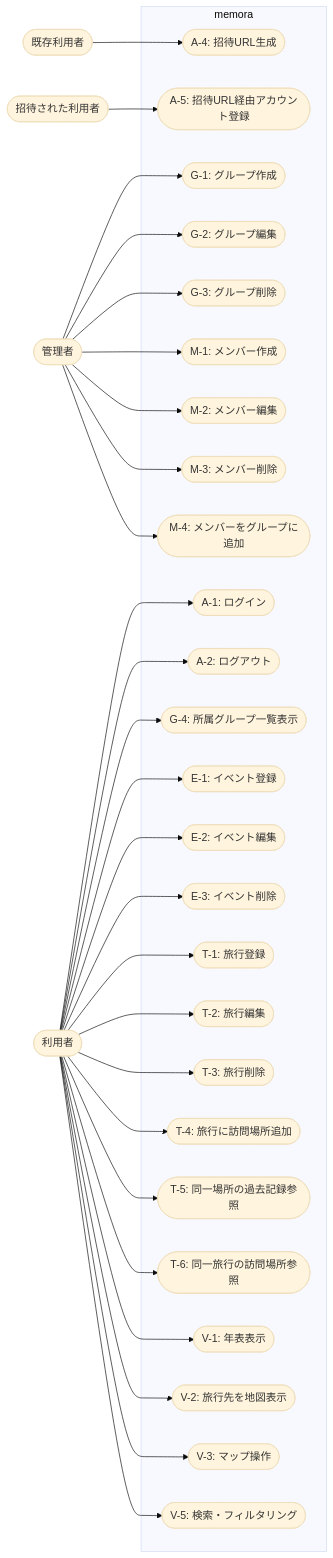
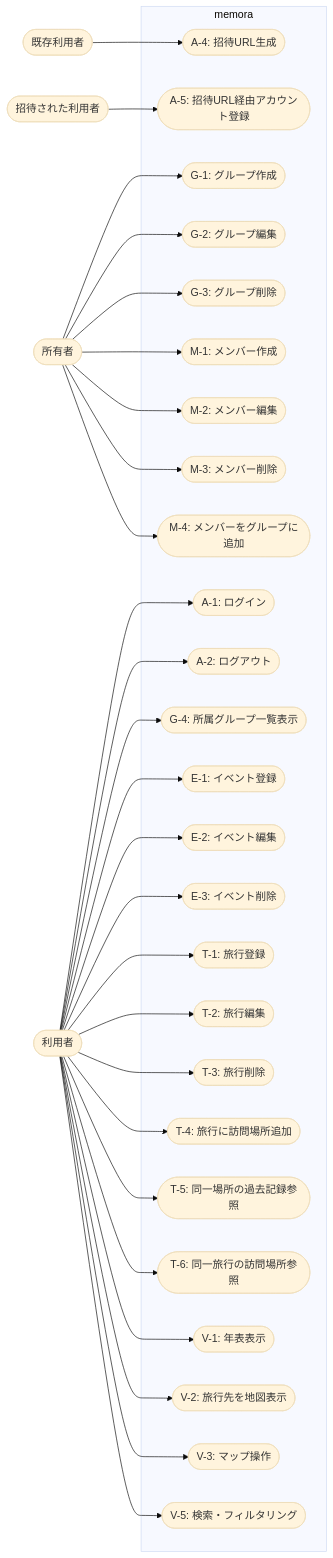
Before and after one commit to taka-016/memora: the diagram in docs/usecase_diagram.md, drawn with Mermaid (base theme). The commit also changed other lines of this file and 34 other files, not shown here.

````diff
--- a/docs/usecase_diagram.md
+++ b/docs/usecase_diagram.md
@@ -64,77 +64,77 @@
 ```mermaid
 graph LR
     %% アクター定義
-    Creator([管理者])
+    Creator([所有者])
     User([利用者])
     ExistingUser([既存利用者])
     InvitedUser([招待された利用者])
     
     %% システム境界
     subgraph "memora"
         %% 認証・セキュリティ系
         A1([A-1: ログイン])
         A2([A-2: ログアウト])
         A3([A-4: 招待URL生成])
         A4([A-5: 招待URL経由アカウント登録])
         
         %% 基本データ管理系 - グループ管理
         G1([G-1: グループ作成])
         G2([G-2: グループ編集])
         G3([G-3: グループ削除])
         G4([G-4: 所属グループ一覧表示])
         
         %% 基本データ管理系 - メンバー管理
         M1([M-1: メンバー作成])
         M2([M-2: メンバー編集])
         M3([M-3: メンバー削除])
         M4([M-4: メンバーをグループに追加])
         
         %% イベント管理系
         E1([E-1: イベント登録])
         E2([E-2: イベント編集])
         E3([E-3: イベント削除])
         
         %% 旅行管理系
         T1([T-1: 旅行登録])
         T2([T-2: 旅行編集])
         T3([T-3: 旅行削除])
         T4([T-4: 旅行に訪問場所追加])
         T5([T-5: 同一場所の過去記録参照])
         T6([T-6: 同一旅行の訪問場所参照])
         
         %% 表示・UI系
         V1([V-1: 年表表示])
         V2([V-2: 旅行先を地図表示])
         V3([V-3: マップ操作])
         V4([V-5: 検索・フィルタリング])
     end
     
     %% アクターとユースケースの関係
     Creator --> G1
     Creator --> G2
     Creator --> G3
     Creator --> M1
     Creator --> M2
     Creator --> M3
     Creator --> M4
 
     User --> A1
     User --> A2
     User --> G4
     User --> E1
     User --> E2
     User --> E3
     User --> T1
     User --> T2
     User --> T3
     User --> T4
     User --> T5
     User --> T6
     User --> V1
     User --> V2
     User --> V3
     User --> V4
     
     ExistingUser --> A3
     InvitedUser --> A4
 ```
````
